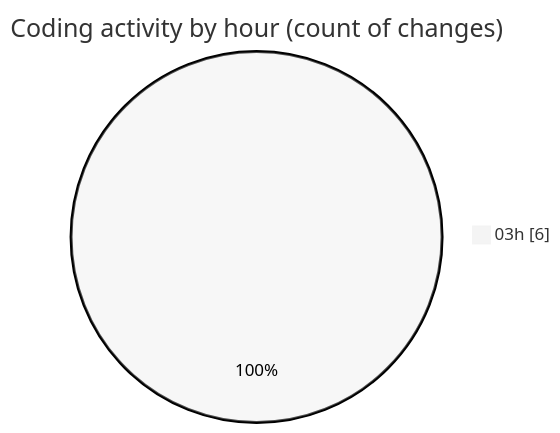
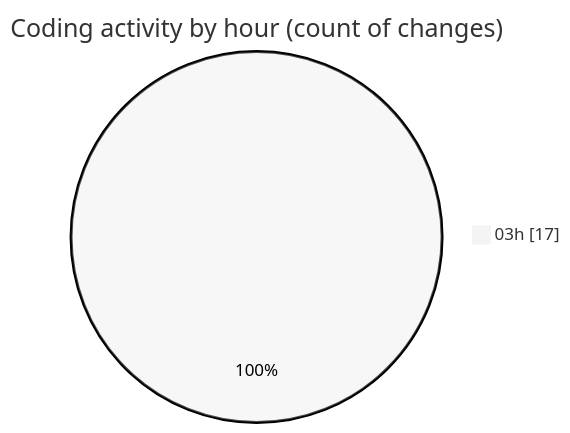
Before and after one commit to Ritupan-Deka/code-tracking: the second of 2 diagrams in 2025-05-03/realtimecollaborativeapp/README.md, drawn with Mermaid (neutral theme). The commit also changed other lines of this file and 1 other file, not shown here.

````diff
--- a/2025-05-03/realtimecollaborativeapp/README.md
+++ b/2025-05-03/realtimecollaborativeapp/README.md
@@ -28,5 +28,5 @@
 ```mermaid
 pie showData
 title Coding activity by hour (count of changes)
-"03h" : 6
+"03h" : 17
 ```
````
